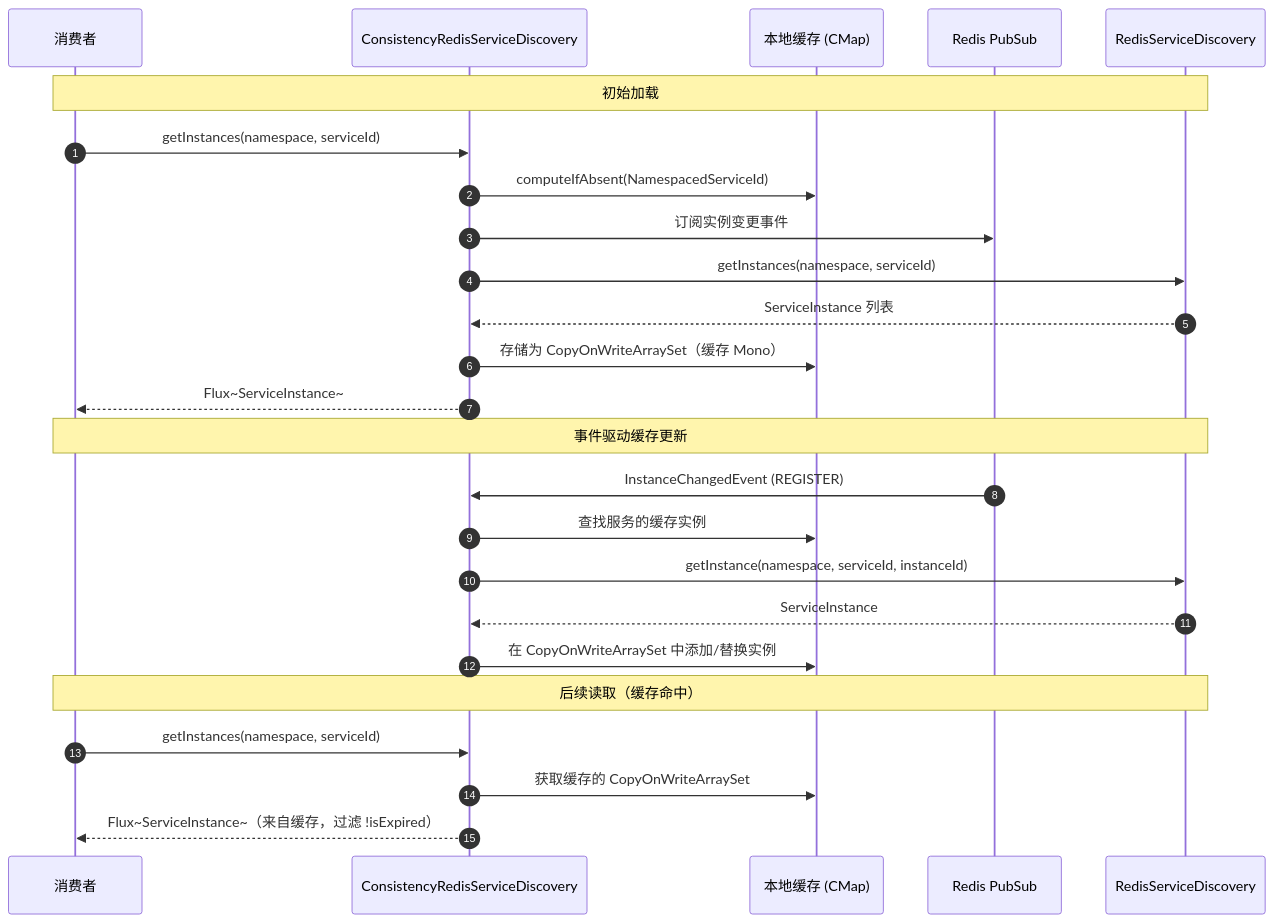
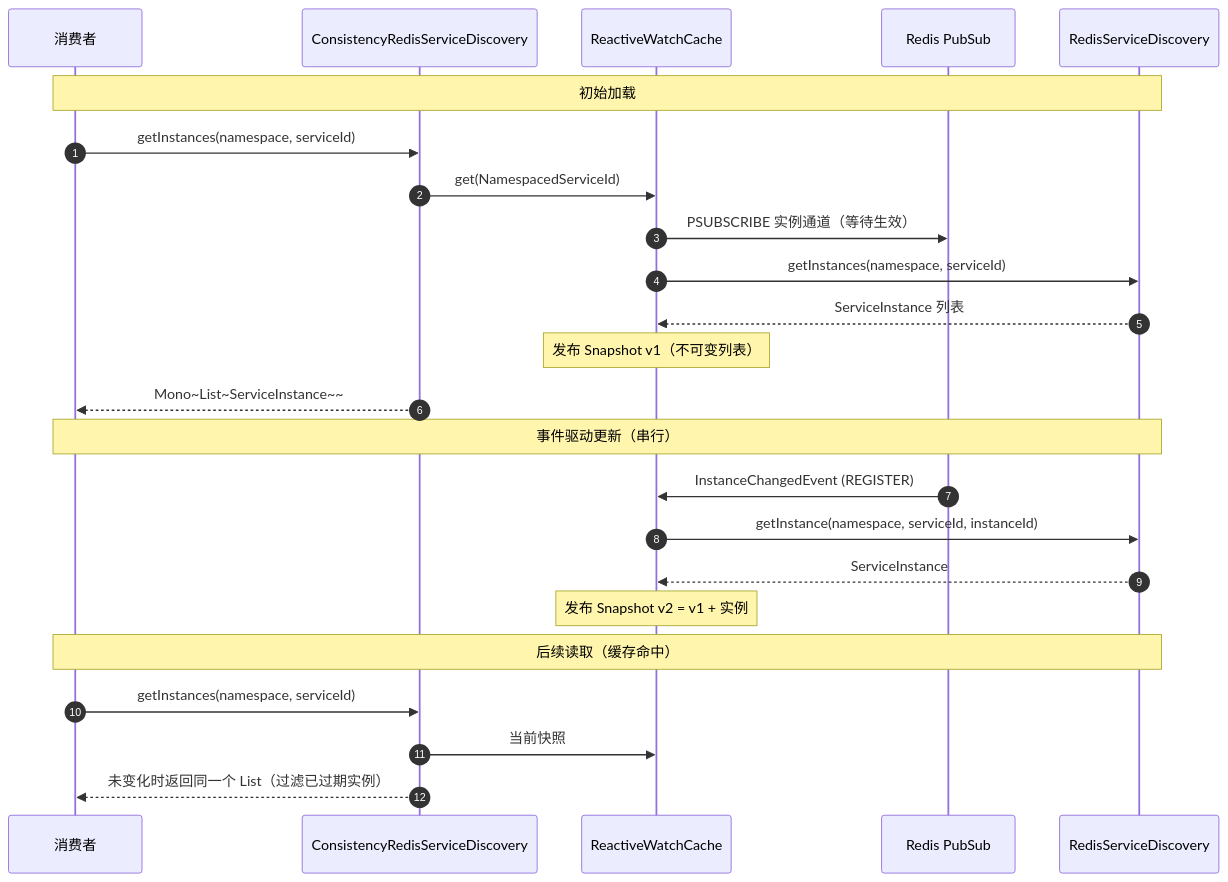
One commit to Ahoo-Wang/CoSky changed the second of 4 diagrams in wiki/zh/guide/service-discovery.md. Above: the diagram before and after it, drawn with Mermaid. The commit also changed other lines of this file and 201 other files, not shown here.

First line of the commit message:
Architecture & quality overhaul: consistent caches, Lua modularization, expiry reaping, security hardening (#985)

````diff
--- a/wiki/zh/guide/service-discovery.md
+++ b/wiki/zh/guide/service-discovery.md
@@ -120,30 +122,29 @@
 ```mermaid
 sequenceDiagram
     autonumber
     participant Client as 消费者
     participant CRSD as ConsistencyRedisServiceDiscovery
-    participant Cache as 本地缓存 (CMap)
+    participant Cache as ReactiveWatchCache
     participant PubSub as Redis PubSub
     participant Delegate as RedisServiceDiscovery
 
     Note over Client,Delegate: 初始加载
     Client->>CRSD: getInstances(namespace, serviceId)
-    CRSD->>Cache: computeIfAbsent(NamespacedServiceId)
-    CRSD->>PubSub: 订阅实例变更事件
-    CRSD->>Delegate: getInstances(namespace, serviceId)
-    Delegate-->>CRSD: ServiceInstance 列表
-    CRSD->>Cache: 存储为 CopyOnWriteArraySet（缓存 Mono）
-    CRSD-->>Client: Flux~ServiceInstance~
+    CRSD->>Cache: get(NamespacedServiceId)
+    Cache->>PubSub: PSUBSCRIBE 实例通道（等待生效）
+    Cache->>Delegate: getInstances(namespace, serviceId)
+    Delegate-->>Cache: ServiceInstance 列表
+    Note over Cache: 发布 Snapshot v1（不可变列表）
+    CRSD-->>Client: Mono~List~ServiceInstance~~
 
-    Note over Client,Delegate: 事件驱动缓存更新
-    PubSub->>CRSD: InstanceChangedEvent (REGISTER)
-    CRSD->>Cache: 查找服务的缓存实例
-    CRSD->>Delegate: getInstance(namespace, serviceId, instanceId)
-    Delegate-->>CRSD: ServiceInstance
-    CRSD->>Cache: 在 CopyOnWriteArraySet 中添加/替换实例
+    Note over Client,Delegate: 事件驱动更新（串行）
+    PubSub->>Cache: InstanceChangedEvent (REGISTER)
+    Cache->>Delegate: getInstance(namespace, serviceId, instanceId)
+    Delegate-->>Cache: ServiceInstance
+    Note over Cache: 发布 Snapshot v2 = v1 + 实例
 
     Note over Client,Delegate: 后续读取（缓存命中）
     Client->>CRSD: getInstances(namespace, serviceId)
-    CRSD->>Cache: 获取缓存的 CopyOnWriteArraySet
-    CRSD-->>Client: Flux~ServiceInstance~（来自缓存，过滤 !isExpired）
+    CRSD->>Cache: 当前快照
+    CRSD-->>Client: 未变化时返回同一个 List（过滤已过期实例）
 ```
````
